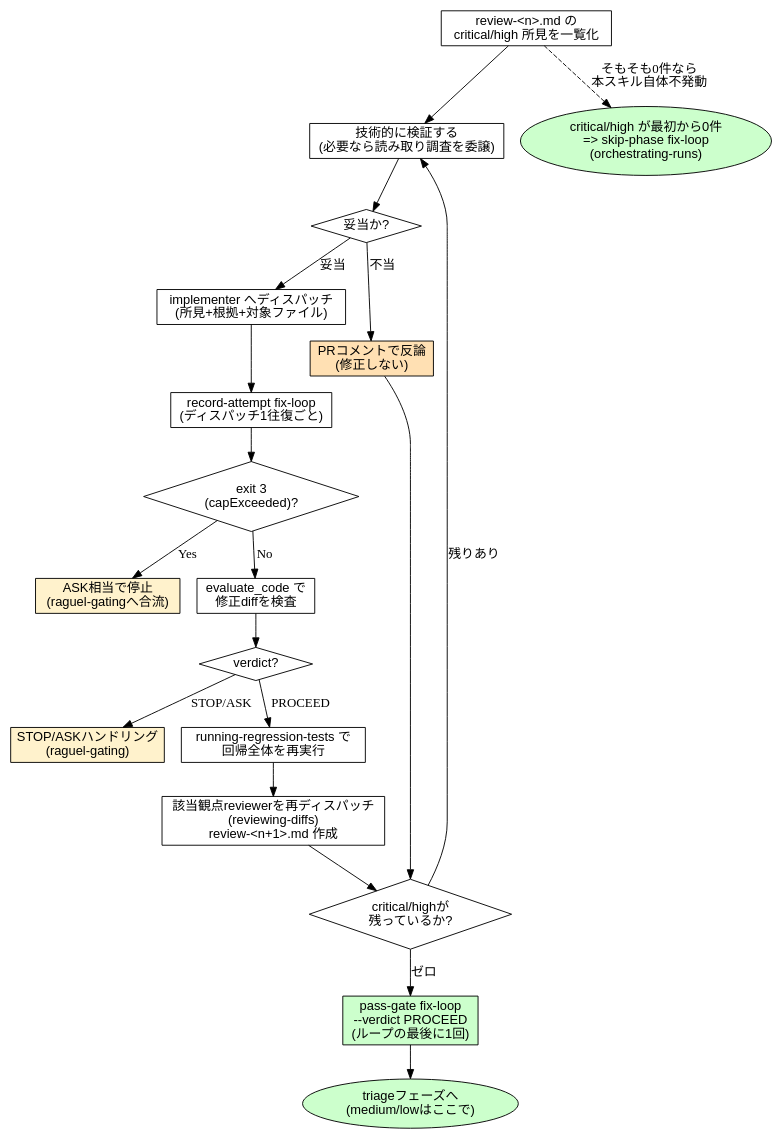
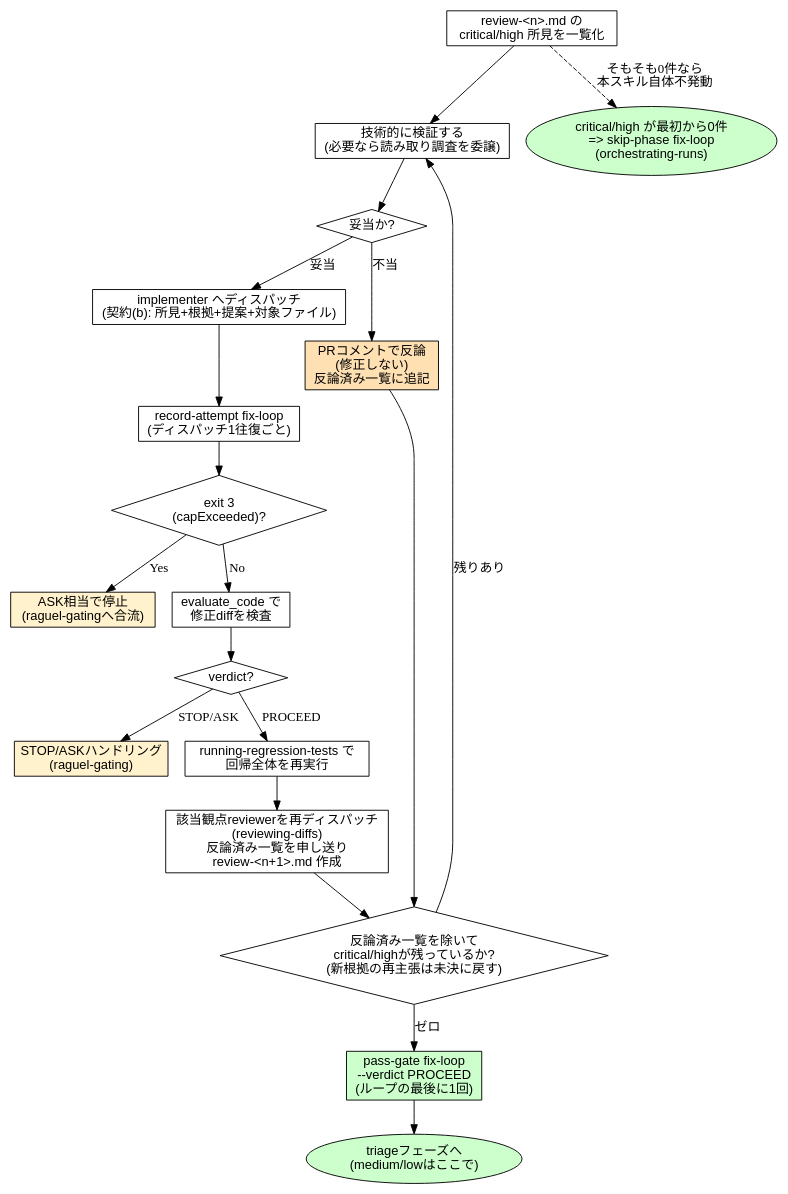
Before and after one commit to Amatsuka-kobo/amatsuka-claude-plugins: the diagram in plugins/codiel/skills/fixing-review-findings/SKILL.md, drawn with Graphviz. The commit also changed other lines of this file and 3 other files, not shown here.

````diff
--- a/plugins/codiel/skills/fixing-review-findings/SKILL.md
+++ b/plugins/codiel/skills/fixing-review-findings/SKILL.md
@@ -129,42 +145,42 @@
 ```dot
 digraph fixing_review_findings {
   rankdir=TB;
   node [fontname="sans-serif"];
 
   findings [label="review-<n>.md の\ncritical/high 所見を一覧化", shape=box];
   verify [label="技術的に検証する\n(必要なら読み取り調査を委譲)", shape=box];
   valid [label="妥当か?", shape=diamond];
-  dispatch [label="implementer へディスパッチ\n(所見+根拠+対象ファイル)", shape=box];
-  rebut [label="PRコメントで反論\n(修正しない)", shape=box, style=filled, fillcolor="#ffe0b3"];
+  dispatch [label="implementer へディスパッチ\n(契約(b): 所見+根拠+提案+対象ファイル)", shape=box];
+  rebut [label="PRコメントで反論\n(修正しない)\n反論済み一覧に追記", shape=box, style=filled, fillcolor="#ffe0b3"];
   record_attempt [label="record-attempt fix-loop\n(ディスパッチ1往復ごと)", shape=box];
   cap [label="exit 3\n(capExceeded)?", shape=diamond];
   ask [label="ASK相当で停止\n(raguel-gatingへ合流)", shape=box, style=filled, fillcolor="#fff2cc"];
   evaluate [label="evaluate_code で\n修正diffを検査", shape=box];
   verdict [label="verdict?", shape=diamond];
   stop_ask [label="STOP/ASKハンドリング\n(raguel-gating)", shape=box, style=filled, fillcolor="#fff2cc"];
   regress [label="running-regression-tests で\n回帰全体を再実行", shape=box];
-  rereview [label="該当観点reviewerを再ディスパッチ\n(reviewing-diffs)\nreview-<n+1>.md 作成", shape=box];
-  remaining [label="critical/highが\n残っているか?", shape=diamond];
+  rereview [label="該当観点reviewerを再ディスパッチ\n(reviewing-diffs)\n反論済み一覧を申し送り\nreview-<n+1>.md 作成", shape=box];
+  remaining [label="反論済み一覧を除いて\ncritical/highが残っているか?\n(新根拠の再主張は未決に戻す)", shape=diamond];
   passgate [label="pass-gate fix-loop\n--verdict PROCEED\n(ループの最後に1回)", shape=box, style=filled, fillcolor="#ccffcc"];
   triage [label="triageフェーズへ\n(medium/lowはここで)", shape=ellipse, style=filled, fillcolor="#ccffcc"];
   skip [label="critical/high が最初から0件\n=> skip-phase fix-loop\n(orchestrating-runs)", shape=ellipse, style=filled, fillcolor="#ccffcc"];
 
   findings -> verify -> valid;
   valid -> dispatch [label="妥当"];
   valid -> rebut [label="不当"];
   dispatch -> record_attempt;
   record_attempt -> cap;
   cap -> ask [label="Yes"];
   cap -> evaluate [label="No"];
   evaluate -> verdict;
   verdict -> stop_ask [label="STOP/ASK"];
   verdict -> regress [label="PROCEED"];
   regress -> rereview -> remaining;
   remaining -> verify [label="残りあり"];
   remaining -> passgate [label="ゼロ"];
   rebut -> remaining;
   passgate -> triage;
 
   findings -> skip [style=dashed, label="そもそも0件なら\n本スキル自体不発動"];
 }
 ```
````
